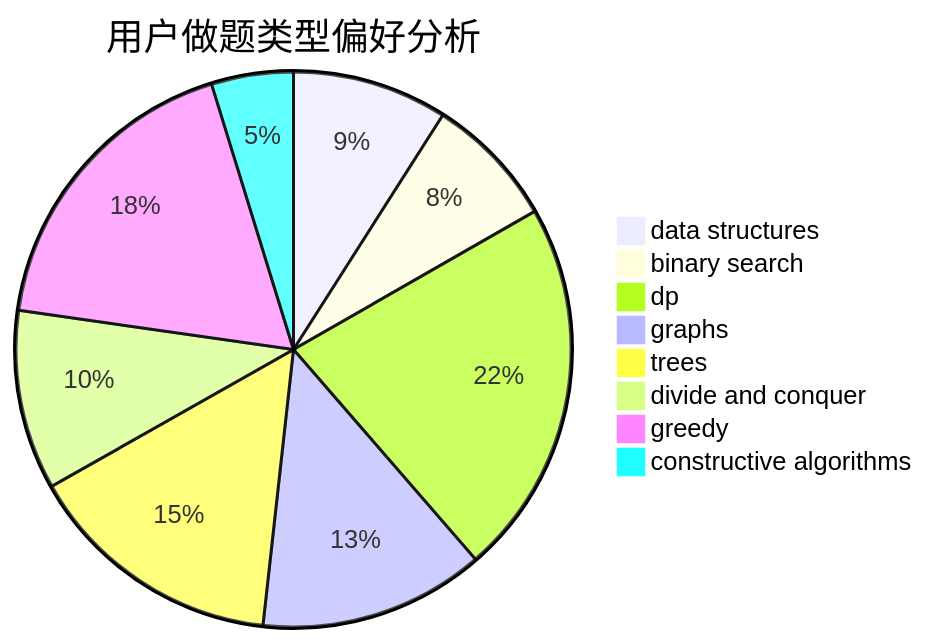
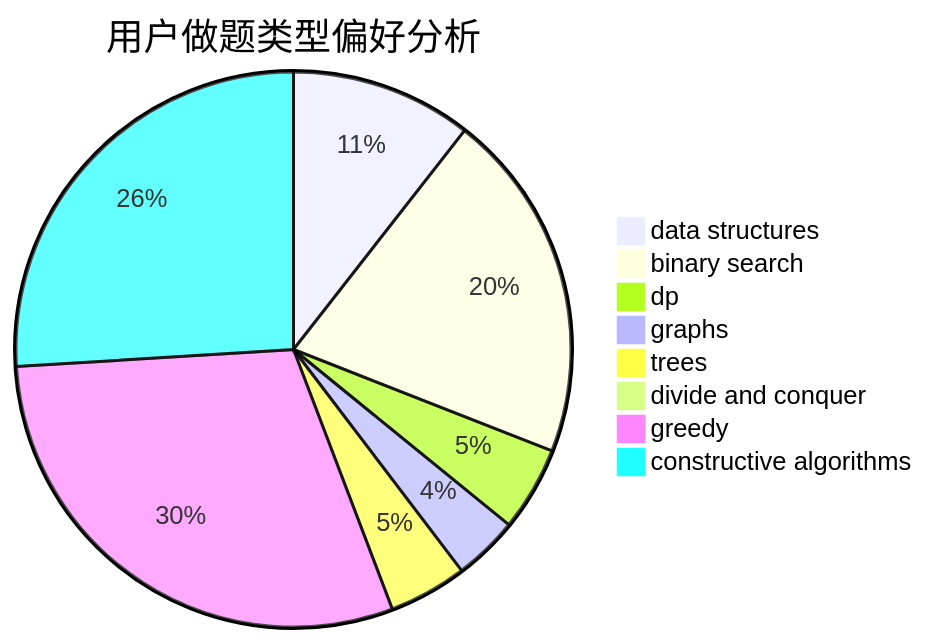
Before and after one commit to sherpahu/cfrs.github.io: the second of 3 diagrams in docs/user/u974.md, drawn with Mermaid. The commit also changed other lines of this file and 2770 other files, not shown here.

````diff
--- a/docs/user/u974.md
+++ b/docs/user/u974.md
@@ -23,11 +23,11 @@
 ```mermaid
 pie title 用户做题类型偏好分析
-    "data structures" :  108
-    "binary search" :  92
-    "dp" :  262
-    "graphs" :  157
-    "trees" :  180
-    "divide and conquer" :  125
-    "greedy" :  215
-    "constructive algorithms" :  57
+    "data structures" :  176
+    "binary search" :  340
+    "dp" :  82
+    "graphs" :  63
+    "trees" :  76
+    "divide and conquer" :  0
+    "greedy" :  497
+    "constructive algorithms" :  433
 ```
````
